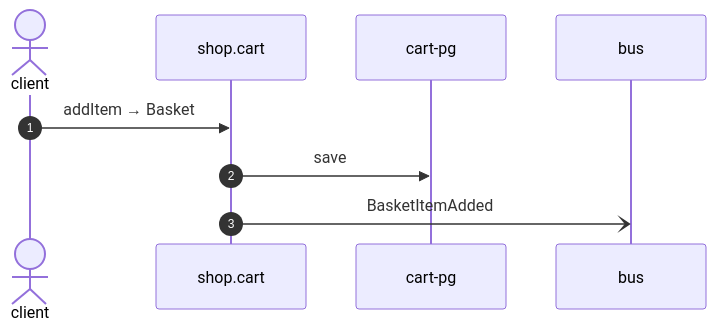
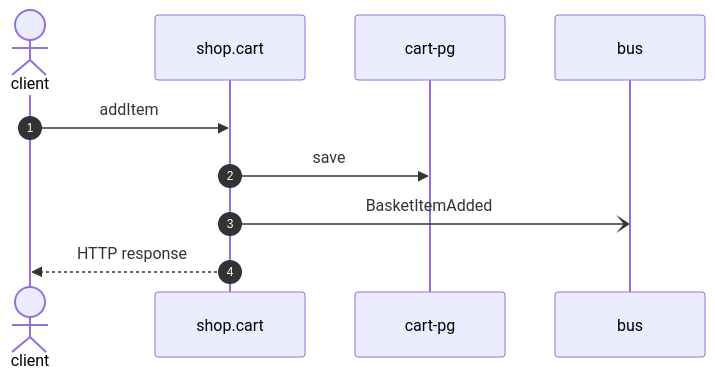
The diagram in docs/example/flows/cart-add-item.md (shortlink-org/portolan), drawn with Mermaid before and after one commit. The commit also changed other lines of this file and 191 other files, not shown here.

````diff
--- a/docs/example/flows/cart-add-item.md
+++ b/docs/example/flows/cart-add-item.md
@@ -20,11 +24,12 @@
 ```mermaid
 sequenceDiagram
     autonumber
     actor p0 as client
     participant p1 as shop.cart
     participant p2 as cart-pg
     participant p3 as bus
-    p0->>p1: addItem → Basket
+    p0->>p1: addItem
     p1->>p2: save
     p1-)p3: BasketItemAdded
+    p1-->>p0: HTTP response
 ```
````
